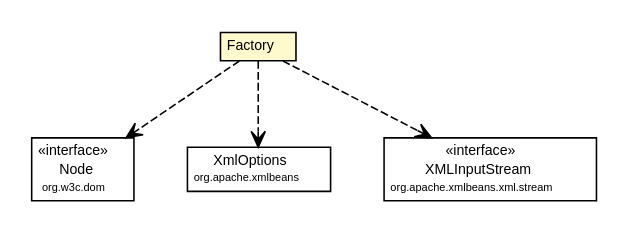
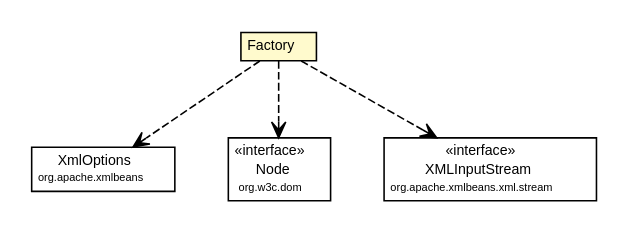
One commit to synchronoss/cpo-util changed the diagram in site/apidocs/org/synchronoss/cpo/util/cpoUtilConfig/CpoUtilConfigDocument.Factory.dot. Above: the diagram before and after it, drawn with Graphviz. The commit also changed 306 other files, not shown here.

Commit message:
Creating site for cpoUtil, 5.1.1-SNAPSHOT

```diff
--- a/site/apidocs/org/synchronoss/cpo/util/cpoUtilConfig/CpoUtilConfigDocument.Factory.dot
+++ b/site/apidocs/org/synchronoss/cpo/util/cpoUtilConfig/CpoUtilConfigDocument.Factory.dot
@@ -1,45 +1,45 @@
 #!/usr/local/bin/dot
 #
 # Class diagram 
 # Generated by UmlGraph version 4.6 (http://www.spinellis.gr/sw/umlgraph)
 #
 
 digraph G {
 	edge [fontname="Helvetica",fontsize=10,labelfontname="Helvetica",labelfontsize=10];
 	node [fontname="Helvetica",fontsize=10,shape=plaintext];
 	// org.synchronoss.cpo.util.cpoUtilConfig.CpoUtilConfigDocument.Factory
 	c4841 [label=<<table border="0" cellborder="1" cellspacing="0" cellpadding="2" port="p" bgcolor="lemonChiffon" href="./CpoUtilConfigDocument.Factory.html">
 		<tr><td><table border="0" cellspacing="0" cellpadding="1">
 			<tr><td> Factory </td></tr>
 		</table></td></tr>
 		</table>>, fontname="Helvetica", fontcolor="black", fontsize=9.0];
+	// org.synchronoss.cpo.util.cpoUtilConfig.CpoUtilConfigDocument.Factory DEPEND org.apache.xmlbeans.XmlOptions
+	c4841:p -> c4856:p [taillabel="", label="", headlabel="", fontname="Helvetica", fontcolor="black", fontsize=10.0, color="black", arrowhead=open, style=dashed];
 	// org.synchronoss.cpo.util.cpoUtilConfig.CpoUtilConfigDocument.Factory DEPEND org.w3c.dom.Node
-	c4841:p -> c4856:p [taillabel="", label="", headlabel="", fontname="Helvetica", fontcolor="black", fontsize=10.0, color="black", arrowhead=open, style=dashed];
-	// org.synchronoss.cpo.util.cpoUtilConfig.CpoUtilConfigDocument.Factory DEPEND org.apache.xmlbeans.XmlOptions
 	c4841:p -> c4857:p [taillabel="", label="", headlabel="", fontname="Helvetica", fontcolor="black", fontsize=10.0, color="black", arrowhead=open, style=dashed];
 	// org.synchronoss.cpo.util.cpoUtilConfig.CpoUtilConfigDocument.Factory DEPEND org.apache.xmlbeans.xml.stream.XMLInputStream
 	c4841:p -> c4858:p [taillabel="", label="", headlabel="", fontname="Helvetica", fontcolor="black", fontsize=10.0, color="black", arrowhead=open, style=dashed];
 	// org.apache.xmlbeans.xml.stream.XMLInputStream
 	c4858 [label=<<table border="0" cellborder="1" cellspacing="0" cellpadding="2" port="p" href="http://java.sun.com/j2se/1.4.2/docs/api/org/apache/xmlbeans/xml/stream/XMLInputStream.html">
 		<tr><td><table border="0" cellspacing="0" cellpadding="1">
 			<tr><td> &laquo;interface&raquo; </td></tr>
 			<tr><td> XMLInputStream </td></tr>
 			<tr><td><font point-size="7.0"> org.apache.xmlbeans.xml.stream </font></td></tr>
 		</table></td></tr>
 		</table>>, fontname="Helvetica", fontcolor="black", fontsize=9.0];
 	// org.w3c.dom.Node
-	c4856 [label=<<table border="0" cellborder="1" cellspacing="0" cellpadding="2" port="p" href="http://java.sun.com/j2se/1.4.2/docs/api/org/w3c/dom/Node.html">
+	c4857 [label=<<table border="0" cellborder="1" cellspacing="0" cellpadding="2" port="p" href="http://java.sun.com/j2se/1.4.2/docs/api/org/w3c/dom/Node.html">
 		<tr><td><table border="0" cellspacing="0" cellpadding="1">
 			<tr><td> &laquo;interface&raquo; </td></tr>
 			<tr><td> Node </td></tr>
 			<tr><td><font point-size="7.0"> org.w3c.dom </font></td></tr>
 		</table></td></tr>
 		</table>>, fontname="Helvetica", fontcolor="black", fontsize=9.0];
 	// org.apache.xmlbeans.XmlOptions
-	c4857 [label=<<table border="0" cellborder="1" cellspacing="0" cellpadding="2" port="p" href="http://java.sun.com/j2se/1.4.2/docs/api/org/apache/xmlbeans/XmlOptions.html">
+	c4856 [label=<<table border="0" cellborder="1" cellspacing="0" cellpadding="2" port="p" href="http://java.sun.com/j2se/1.4.2/docs/api/org/apache/xmlbeans/XmlOptions.html">
 		<tr><td><table border="0" cellspacing="0" cellpadding="1">
 			<tr><td> XmlOptions </td></tr>
 			<tr><td><font point-size="7.0"> org.apache.xmlbeans </font></td></tr>
 		</table></td></tr>
 		</table>>, fontname="Helvetica", fontcolor="black", fontsize=9.0];
 }
```
